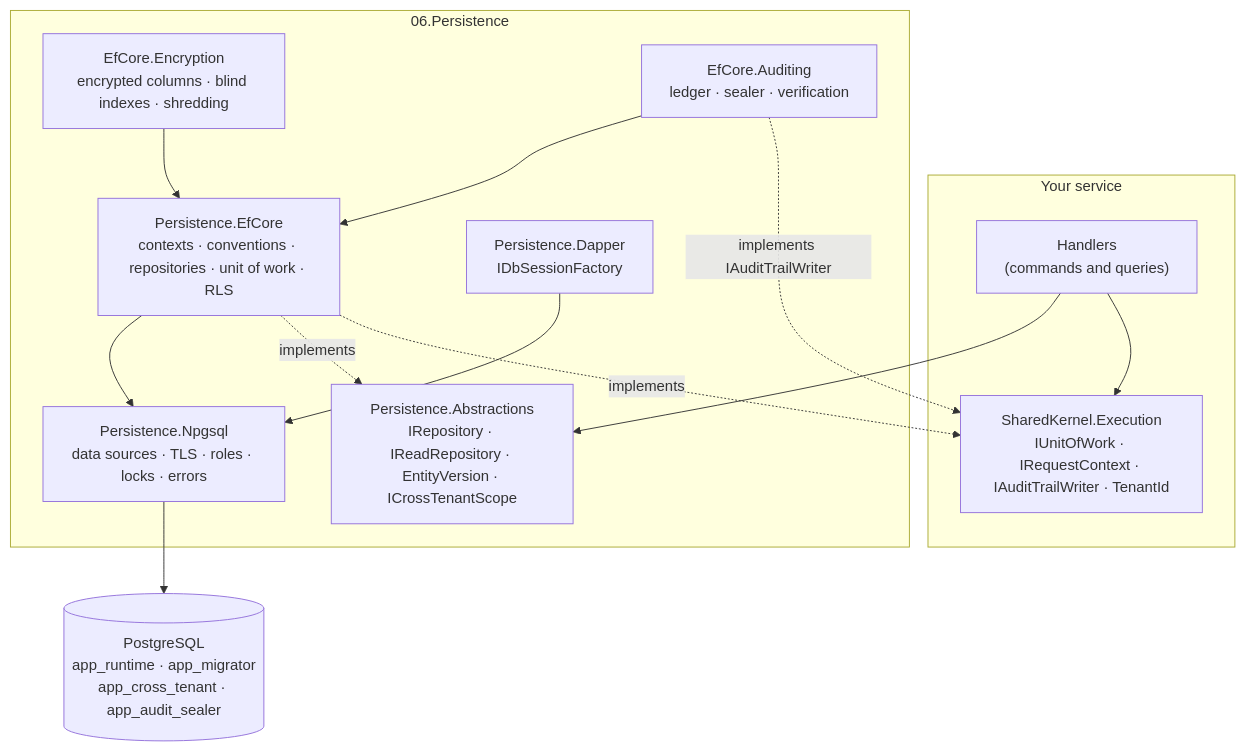
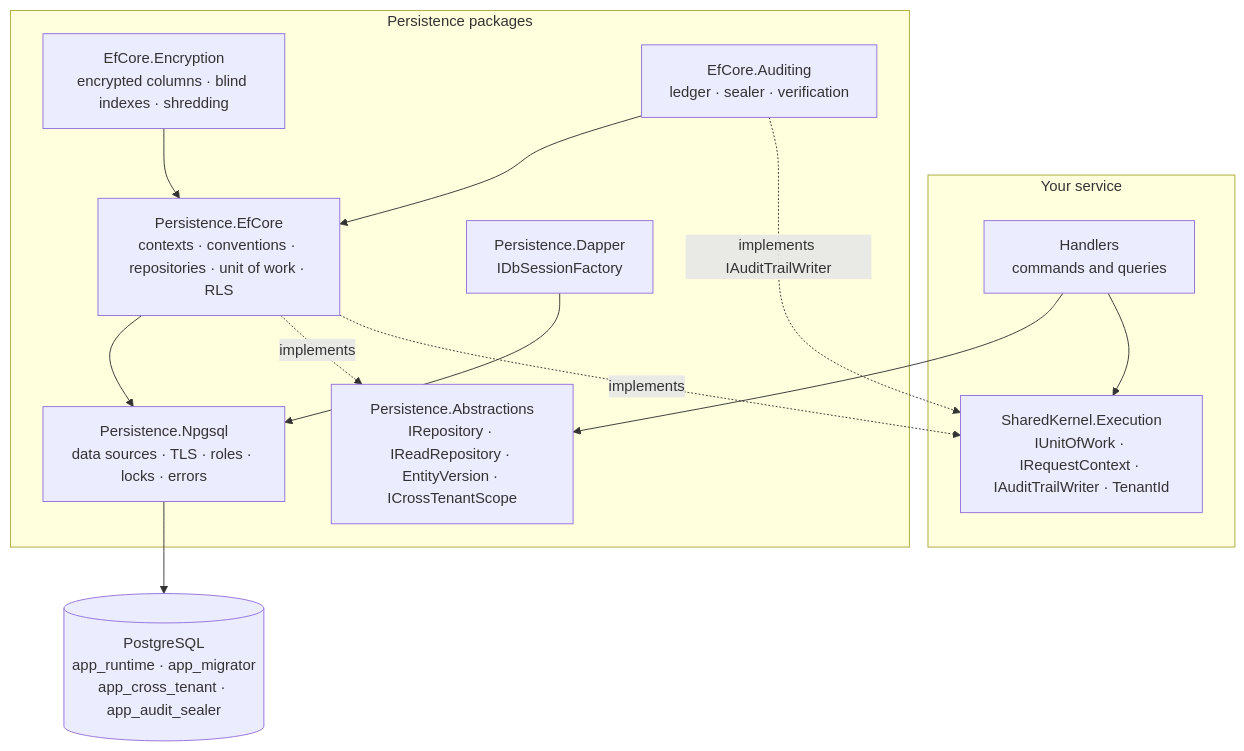
One commit to Gresta-Vertex-Labs/platform-shared-kernel changed the diagram in src/Infrastructure/Persistence/README.md. Above: the diagram before and after it, drawn with Mermaid. The commit also changed other lines of this file and 228 other files, not shown here.

````diff
--- a/src/Infrastructure/Persistence/README.md
+++ b/src/Infrastructure/Persistence/README.md
@@ -56,29 +58,29 @@
 ```mermaid
 flowchart TB
     subgraph app["Your service"]
-        H["Handlers<br/>(commands and queries)"]
+        H["Handlers<br/>commands and queries"]
         EX["SharedKernel.Execution<br/>IUnitOfWork · IRequestContext · IAuditTrailWriter · TenantId"]
     end
 
-    subgraph persistence["06.Persistence"]
+    subgraph persistence["Persistence packages"]
         ABS["Persistence.Abstractions<br/>IRepository · IReadRepository · EntityVersion · ICrossTenantScope"]
         EF["Persistence.EfCore<br/>contexts · conventions · repositories · unit of work · RLS"]
         ENC["EfCore.Encryption<br/>encrypted columns · blind indexes · shredding"]
         AUD["EfCore.Auditing<br/>ledger · sealer · verification"]
         DAP["Persistence.Dapper<br/>IDbSessionFactory"]
         NPG["Persistence.Npgsql<br/>data sources · TLS · roles · locks · errors"]
     end
 
     PG[("PostgreSQL<br/>app_runtime · app_migrator<br/>app_cross_tenant · app_audit_sealer")]
 
     H --> EX
     H --> ABS
     EF -. implements .-> EX
     EF -. implements .-> ABS
     AUD -. implements IAuditTrailWriter .-> EX
     ENC --> EF
     AUD --> EF
     EF --> NPG
     DAP --> NPG
     NPG --> PG
 ```
````
